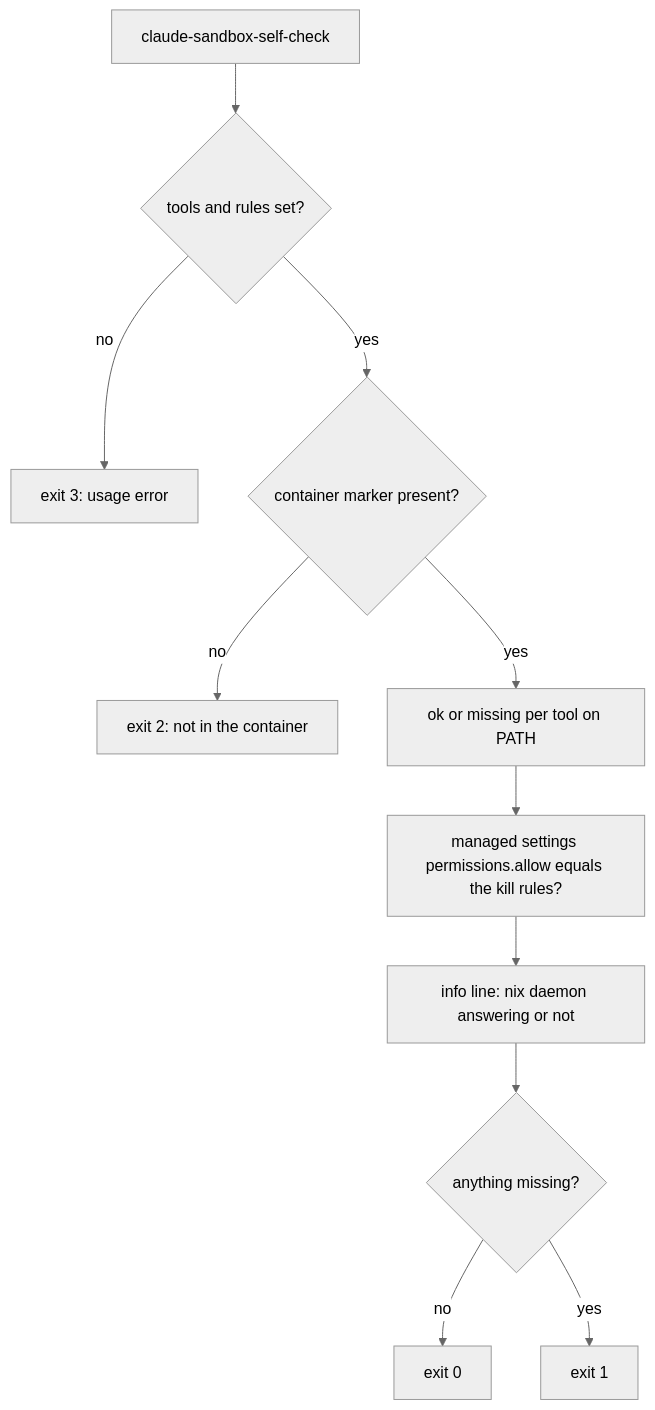
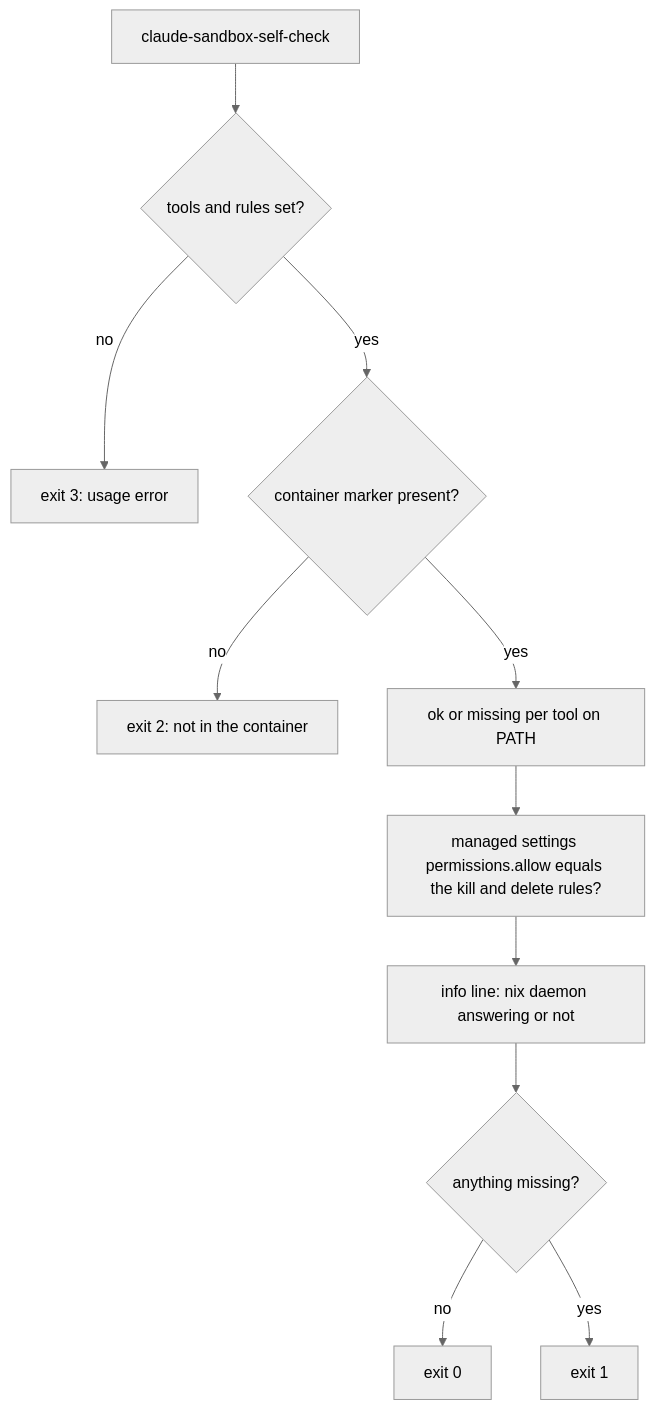
Before and after one commit to zero4573/nixos: the third of 3 diagrams in docs/claude-sandbox.md, drawn with Mermaid (neutral theme). The commit also changed other lines of this file and 5 other files, not shown here.

Commit message:
added some contingencies to slow graphify startups

````diff
--- a/docs/claude-sandbox.md
+++ b/docs/claude-sandbox.md
@@ -115,13 +127,13 @@
 ```mermaid
 flowchart TD
     start["claude-sandbox-self-check"] --> inp{"tools and rules set?"}
     inp -->|"no"| e3["exit 3: usage error"]
     inp -->|"yes"| c{"container marker present?"}
     c -->|"no"| e2["exit 2: not in the container"]
     c -->|"yes"| tools["ok or missing per tool on PATH"]
-    tools --> set["managed settings permissions.allow equals the kill rules?"]
+    tools --> set["managed settings permissions.allow equals the kill and delete rules?"]
     set --> nix["info line: nix daemon answering or not"]
     nix --> m{"anything missing?"}
     m -->|"no"| e0["exit 0"]
     m -->|"yes"| e1["exit 1"]
 ```
````
